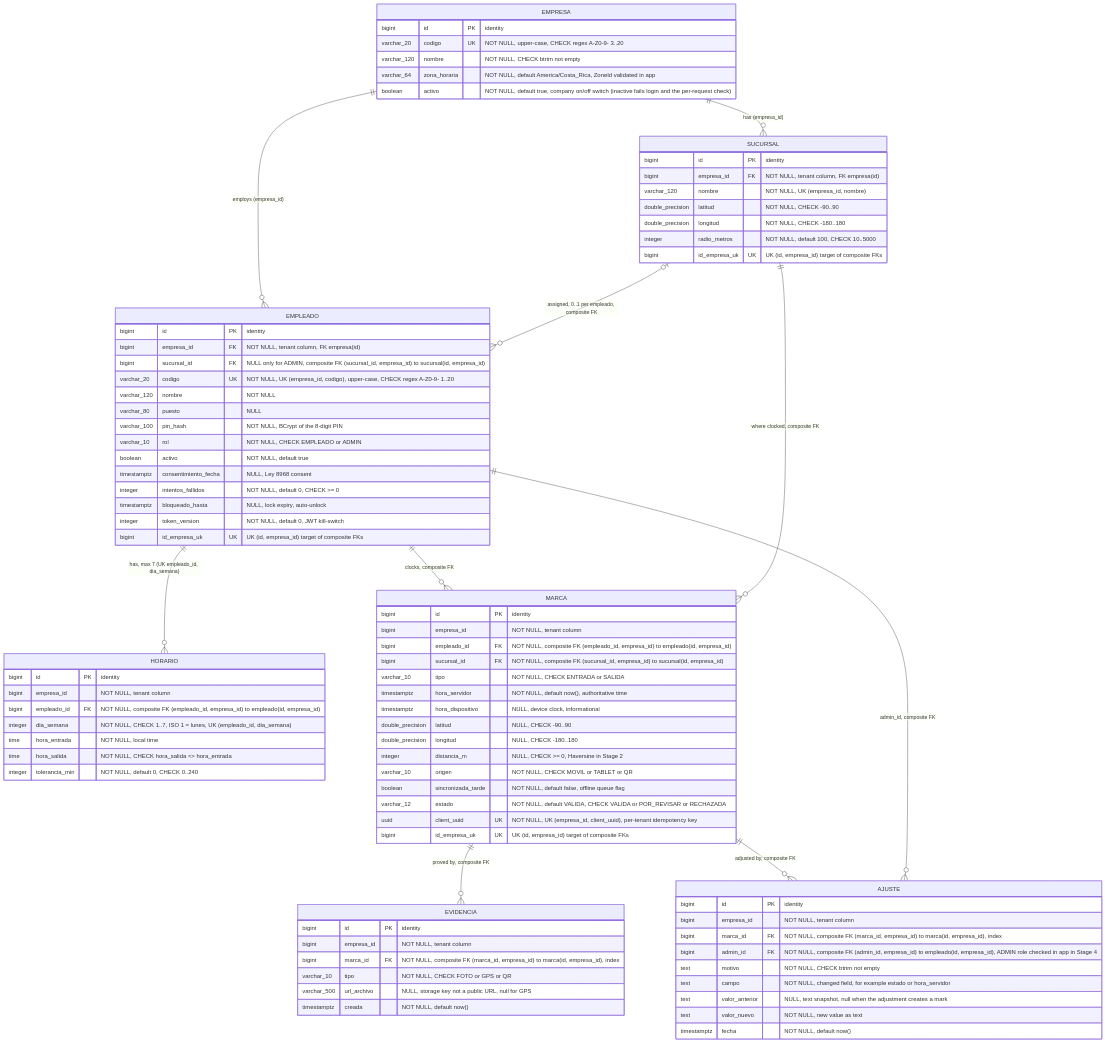
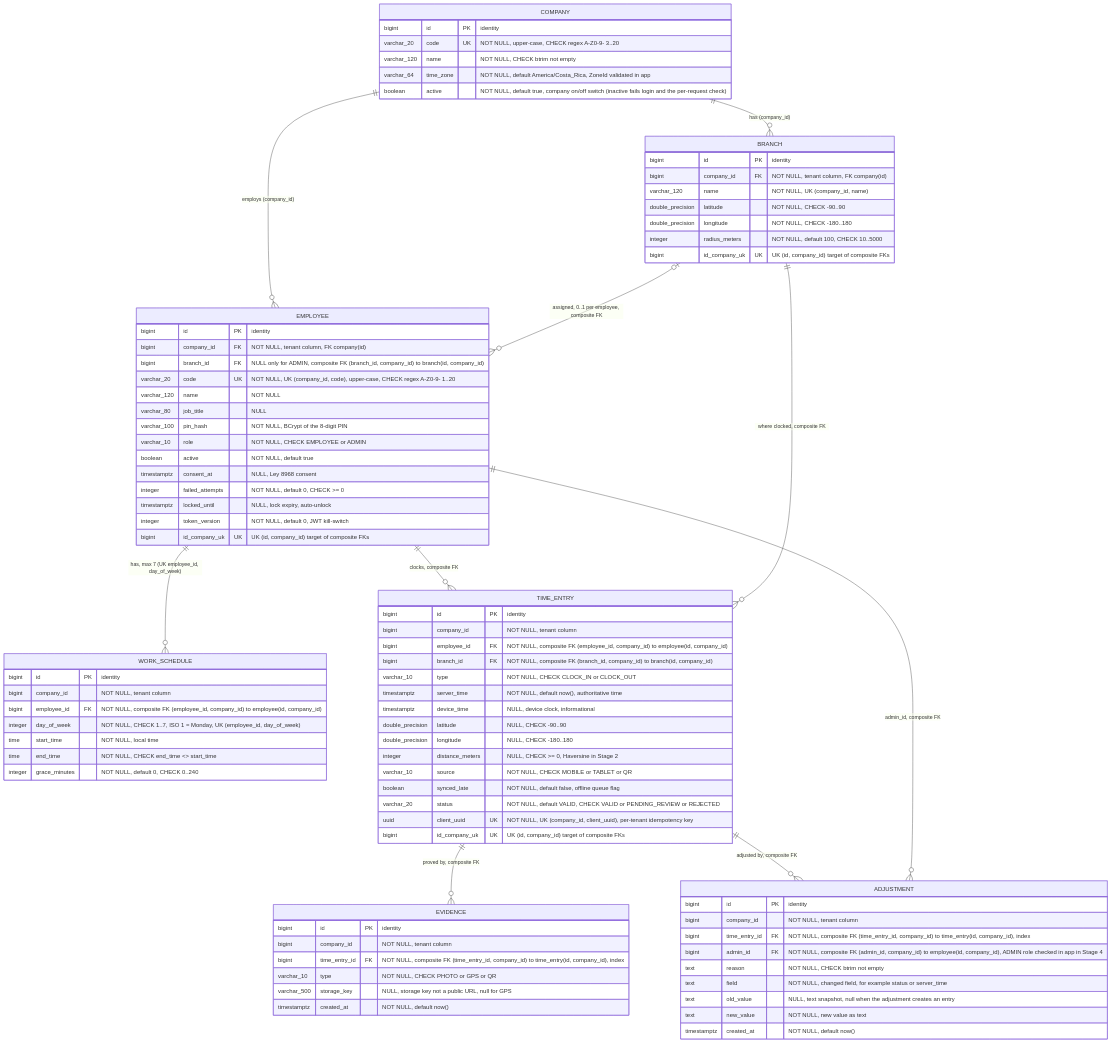
Before and after one commit to nestorqv/assistant-control-app: the first of 4 diagrams in docs/diagrams/stage-1-er.md, drawn with Mermaid. The commit also changed other lines of this file and 220 other files, not shown here.

First line of the commit message:
Stage 1b: English technical naming and EN/ES user text

````diff
--- a/docs/diagrams/stage-1-er.md
+++ b/docs/diagrams/stage-1-er.md
@@ -20,96 +22,96 @@
 ```mermaid
 erDiagram
-    EMPRESA {
+    COMPANY {
         bigint id PK "identity"
-        varchar_20 codigo UK "NOT NULL, upper-case, CHECK regex A-Z0-9- 3..20"
-        varchar_120 nombre "NOT NULL, CHECK btrim not empty"
-        varchar_64 zona_horaria "NOT NULL, default America/Costa_Rica, ZoneId validated in app"
-        boolean activo "NOT NULL, default true, company on/off switch (inactive fails login and the per-request check)"
+        varchar_20 code UK "NOT NULL, upper-case, CHECK regex A-Z0-9- 3..20"
+        varchar_120 name "NOT NULL, CHECK btrim not empty"
+        varchar_64 time_zone "NOT NULL, default America/Costa_Rica, ZoneId validated in app"
+        boolean active "NOT NULL, default true, company on/off switch (inactive fails login and the per-request check)"
     }
 
-    SUCURSAL {
+    BRANCH {
         bigint id PK "identity"
-        bigint empresa_id FK "NOT NULL, tenant column, FK empresa(id)"
-        varchar_120 nombre "NOT NULL, UK (empresa_id, nombre)"
-        double_precision latitud "NOT NULL, CHECK -90..90"
-        double_precision longitud "NOT NULL, CHECK -180..180"
-        integer radio_metros "NOT NULL, default 100, CHECK 10..5000"
-        bigint id_empresa_uk UK "UK (id, empresa_id) target of composite FKs"
+        bigint company_id FK "NOT NULL, tenant column, FK company(id)"
+        varchar_120 name "NOT NULL, UK (company_id, name)"
+        double_precision latitude "NOT NULL, CHECK -90..90"
+        double_precision longitude "NOT NULL, CHECK -180..180"
+        integer radius_meters "NOT NULL, default 100, CHECK 10..5000"
+        bigint id_company_uk UK "UK (id, company_id) target of composite FKs"
     }
 
-    EMPLEADO {
+    EMPLOYEE {
         bigint id PK "identity"
-        bigint empresa_id FK "NOT NULL, tenant column, FK empresa(id)"
-        bigint sucursal_id FK "NULL only for ADMIN, composite FK (sucursal_id, empresa_id) to sucursal(id, empresa_id)"
-        varchar_20 codigo UK "NOT NULL, UK (empresa_id, codigo), upper-case, CHECK regex A-Z0-9- 1..20"
-        varchar_120 nombre "NOT NULL"
-        varchar_80 puesto "NULL"
+        bigint company_id FK "NOT NULL, tenant column, FK company(id)"
+        bigint branch_id FK "NULL only for ADMIN, composite FK (branch_id, company_id) to branch(id, company_id)"
+        varchar_20 code UK "NOT NULL, UK (company_id, code), upper-case, CHECK regex A-Z0-9- 1..20"
+        varchar_120 name "NOT NULL"
+        varchar_80 job_title "NULL"
         varchar_100 pin_hash "NOT NULL, BCrypt of the 8-digit PIN"
-        varchar_10 rol "NOT NULL, CHECK EMPLEADO or ADMIN"
-        boolean activo "NOT NULL, default true"
-        timestamptz consentimiento_fecha "NULL, Ley 8968 consent"
-        integer intentos_fallidos "NOT NULL, default 0, CHECK >= 0"
-        timestamptz bloqueado_hasta "NULL, lock expiry, auto-unlock"
+        varchar_10 role "NOT NULL, CHECK EMPLOYEE or ADMIN"
+        boolean active "NOT NULL, default true"
+        timestamptz consent_at "NULL, Ley 8968 consent"
+        integer failed_attempts "NOT NULL, default 0, CHECK >= 0"
+        timestamptz locked_until "NULL, lock expiry, auto-unlock"
         integer token_version "NOT NULL, default 0, JWT kill-switch"
-        bigint id_empresa_uk UK "UK (id, empresa_id) target of composite FKs"
+        bigint id_company_uk UK "UK (id, company_id) target of composite FKs"
     }
 
-    HORARIO {
+    WORK_SCHEDULE {
         bigint id PK "identity"
-        bigint empresa_id "NOT NULL, tenant column"
-        bigint empleado_id FK "NOT NULL, composite FK (empleado_id, empresa_id) to empleado(id, empresa_id)"
-        integer dia_semana "NOT NULL, CHECK 1..7, ISO 1 = lunes, UK (empleado_id, dia_semana)"
-        time hora_entrada "NOT NULL, local time"
-        time hora_salida "NOT NULL, CHECK hora_salida <> hora_entrada"
-        integer tolerancia_min "NOT NULL, default 0, CHECK 0..240"
+        bigint company_id "NOT NULL, tenant column"
+        bigint employee_id FK "NOT NULL, composite FK (employee_id, company_id) to employee(id, company_id)"
+        integer day_of_week "NOT NULL, CHECK 1..7, ISO 1 = Monday, UK (employee_id, day_of_week)"
+        time start_time "NOT NULL, local time"
+        time end_time "NOT NULL, CHECK end_time <> start_time"
+        integer grace_minutes "NOT NULL, default 0, CHECK 0..240"
     }
 
-    MARCA {
+    TIME_ENTRY {
         bigint id PK "identity"
-        bigint empresa_id "NOT NULL, tenant column"
-        bigint empleado_id FK "NOT NULL, composite FK (empleado_id, empresa_id) to empleado(id, empresa_id)"
-        bigint sucursal_id FK "NOT NULL, composite FK (sucursal_id, empresa_id) to sucursal(id, empresa_id)"
-        varchar_10 tipo "NOT NULL, CHECK ENTRADA or SALIDA"
-        timestamptz hora_servidor "NOT NULL, default now(), authoritative time"
-        timestamptz hora_dispositivo "NULL, device clock, informational"
-        double_precision latitud "NULL, CHECK -90..90"
-        double_precision longitud "NULL, CHECK -180..180"
-        integer distancia_m "NULL, CHECK >= 0, Haversine in Stage 2"
-        varchar_10 origen "NOT NULL, CHECK MOVIL or TABLET or QR"
-        boolean sincronizada_tarde "NOT NULL, default false, offline queue flag"
-        varchar_12 estado "NOT NULL, default VALIDA, CHECK VALIDA or POR_REVISAR or RECHAZADA"
-        uuid client_uuid UK "NOT NULL, UK (empresa_id, client_uuid), per-tenant idempotency key"
-        bigint id_empresa_uk UK "UK (id, empresa_id) target of composite FKs"
+        bigint company_id "NOT NULL, tenant column"
+        bigint employee_id FK "NOT NULL, composite FK (employee_id, company_id) to employee(id, company_id)"
+        bigint branch_id FK "NOT NULL, composite FK (branch_id, company_id) to branch(id, company_id)"
+        varchar_10 type "NOT NULL, CHECK CLOCK_IN or CLOCK_OUT"
+        timestamptz server_time "NOT NULL, default now(), authoritative time"
+        timestamptz device_time "NULL, device clock, informational"
+        double_precision latitude "NULL, CHECK -90..90"
+        double_precision longitude "NULL, CHECK -180..180"
+        integer distance_meters "NULL, CHECK >= 0, Haversine in Stage 2"
+        varchar_10 source "NOT NULL, CHECK MOBILE or TABLET or QR"
+        boolean synced_late "NOT NULL, default false, offline queue flag"
+        varchar_20 status "NOT NULL, default VALID, CHECK VALID or PENDING_REVIEW or REJECTED"
+        uuid client_uuid UK "NOT NULL, UK (company_id, client_uuid), per-tenant idempotency key"
+        bigint id_company_uk UK "UK (id, company_id) target of composite FKs"
     }
 
-    EVIDENCIA {
+    EVIDENCE {
         bigint id PK "identity"
-        bigint empresa_id "NOT NULL, tenant column"
-        bigint marca_id FK "NOT NULL, composite FK (marca_id, empresa_id) to marca(id, empresa_id), index"
-        varchar_10 tipo "NOT NULL, CHECK FOTO or GPS or QR"
-        varchar_500 url_archivo "NULL, storage key not a public URL, null for GPS"
-        timestamptz creada "NOT NULL, default now()"
+        bigint company_id "NOT NULL, tenant column"
+        bigint time_entry_id FK "NOT NULL, composite FK (time_entry_id, company_id) to time_entry(id, company_id), index"
+        varchar_10 type "NOT NULL, CHECK PHOTO or GPS or QR"
+        varchar_500 storage_key "NULL, storage key not a public URL, null for GPS"
+        timestamptz created_at "NOT NULL, default now()"
     }
 
-    AJUSTE {
+    ADJUSTMENT {
         bigint id PK "identity"
-        bigint empresa_id "NOT NULL, tenant column"
-        bigint marca_id FK "NOT NULL, composite FK (marca_id, empresa_id) to marca(id, empresa_id), index"
-        bigint admin_id FK "NOT NULL, composite FK (admin_id, empresa_id) to empleado(id, empresa_id), ADMIN role checked in app in Stage 4"
-        text motivo "NOT NULL, CHECK btrim not empty"
-        text campo "NOT NULL, changed field, for example estado or hora_servidor"
-        text valor_anterior "NULL, text snapshot, null when the adjustment creates a mark"
-        text valor_nuevo "NOT NULL, new value as text"
-        timestamptz fecha "NOT NULL, default now()"
+        bigint company_id "NOT NULL, tenant column"
+        bigint time_entry_id FK "NOT NULL, composite FK (time_entry_id, company_id) to time_entry(id, company_id), index"
+        bigint admin_id FK "NOT NULL, composite FK (admin_id, company_id) to employee(id, company_id), ADMIN role checked in app in Stage 4"
+        text reason "NOT NULL, CHECK btrim not empty"
+        text field "NOT NULL, changed field, for example status or server_time"
+        text old_value "NULL, text snapshot, null when the adjustment creates an entry"
+        text new_value "NOT NULL, new value as text"
+        timestamptz created_at "NOT NULL, default now()"
     }
 
-    EMPRESA ||--o{ SUCURSAL : "has (empresa_id)"
-    EMPRESA ||--o{ EMPLEADO : "employs (empresa_id)"
-    SUCURSAL |o--o{ EMPLEADO : "assigned, 0..1 per empleado, composite FK"
-    EMPLEADO ||--o{ HORARIO : "has, max 7 (UK empleado_id, dia_semana)"
-    EMPLEADO ||--o{ MARCA : "clocks, composite FK"
-    SUCURSAL ||--o{ MARCA : "where clocked, composite FK"
-    MARCA ||--o{ EVIDENCIA : "proved by, composite FK"
-    MARCA ||--o{ AJUSTE : "adjusted by, composite FK"
-    EMPLEADO ||--o{ AJUSTE : "admin_id, composite FK"
+    COMPANY ||--o{ BRANCH : "has (company_id)"
+    COMPANY ||--o{ EMPLOYEE : "employs (company_id)"
+    BRANCH |o--o{ EMPLOYEE : "assigned, 0..1 per employee, composite FK"
+    EMPLOYEE ||--o{ WORK_SCHEDULE : "has, max 7 (UK employee_id, day_of_week)"
+    EMPLOYEE ||--o{ TIME_ENTRY : "clocks, composite FK"
+    BRANCH ||--o{ TIME_ENTRY : "where clocked, composite FK"
+    TIME_ENTRY ||--o{ EVIDENCE : "proved by, composite FK"
+    TIME_ENTRY ||--o{ ADJUSTMENT : "adjusted by, composite FK"
+    EMPLOYEE ||--o{ ADJUSTMENT : "admin_id, composite FK"
 ```
````
